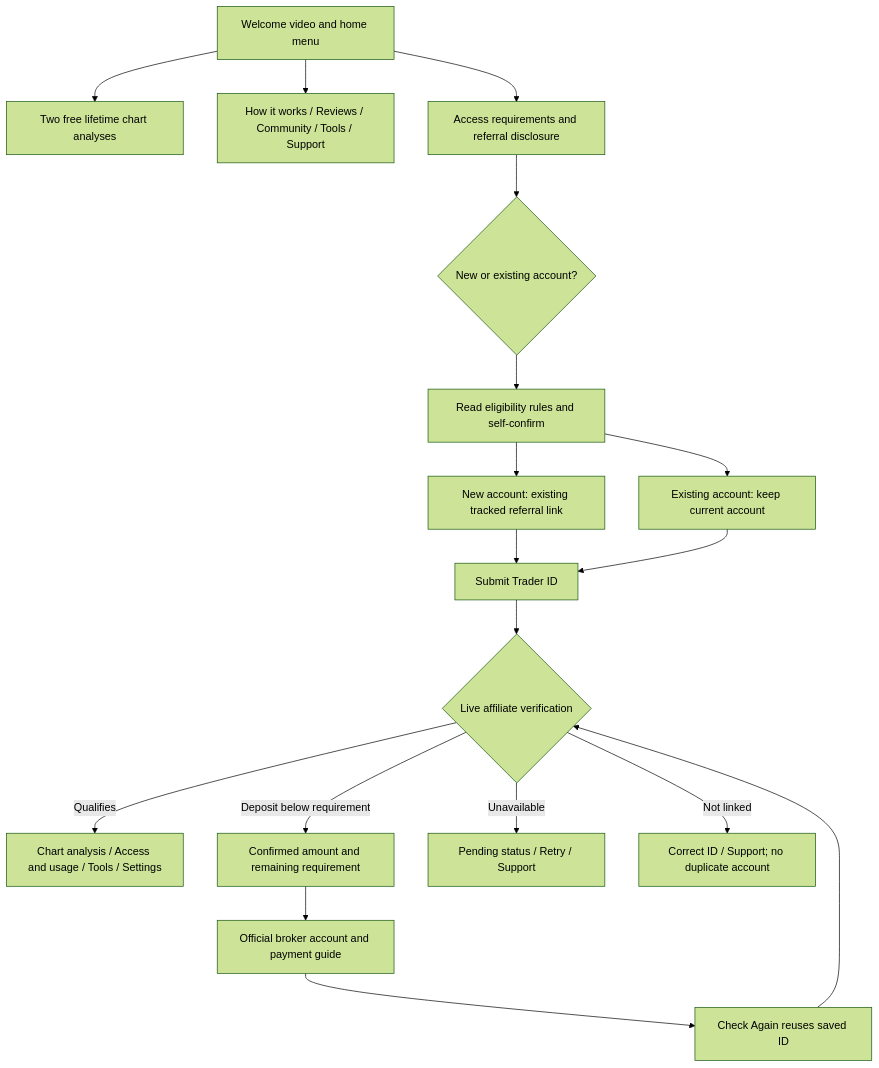
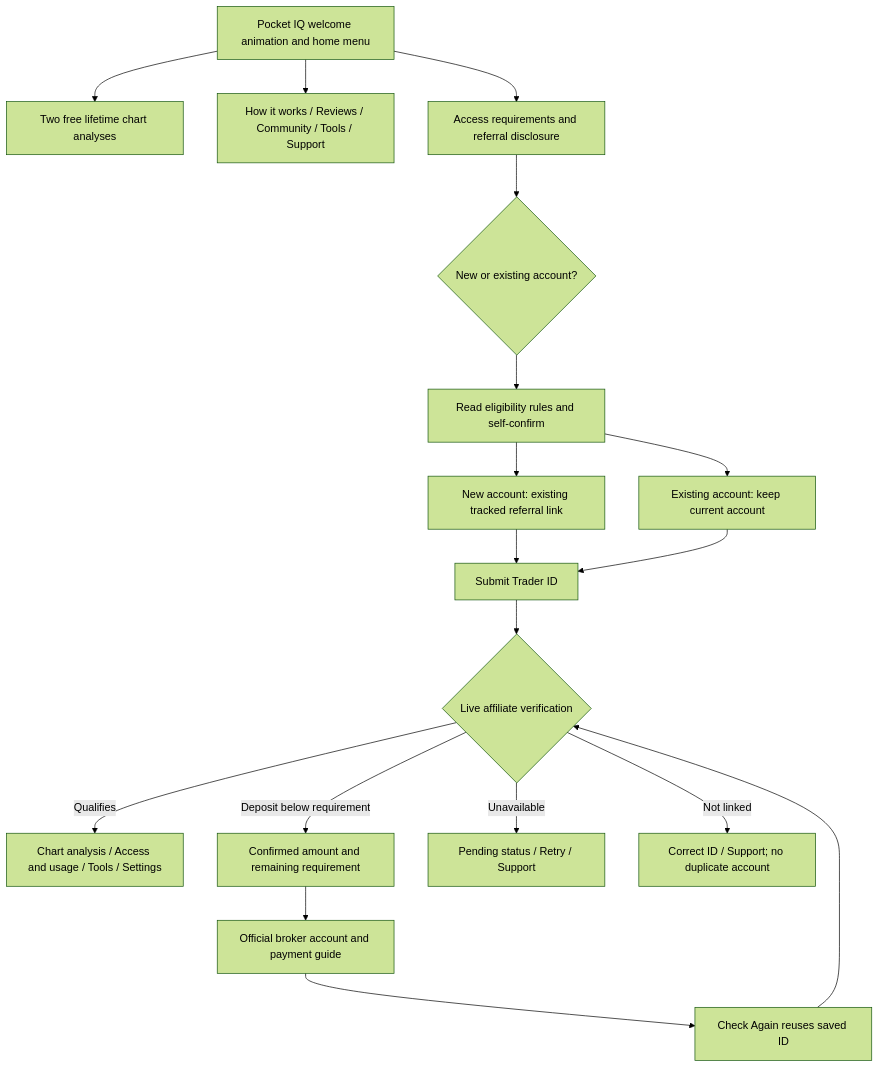
Before and after one commit to neetud252-create/funnel-bot: the diagram in GO_PLUS_FLOW.md, drawn with Mermaid (forest theme). The commit also changed other lines of this file and 6 other files, not shown here.

Commit message:
Replace welcome media with Pocket IQ looping animation (#7)

````diff
--- a/GO_PLUS_FLOW.md
+++ b/GO_PLUS_FLOW.md
@@ -5,20 +5,20 @@
 ```mermaid
 flowchart TD
-  Home[Welcome video and home menu] --> Trial[Two free lifetime chart analyses]
+  Home[Pocket IQ welcome animation and home menu] --> Trial[Two free lifetime chart analyses]
   Home --> Learn[How it works / Reviews / Community / Tools / Support]
   Home --> Requirements[Access requirements and referral disclosure]
   Requirements --> Kind{New or existing account?}
   Kind --> Eligibility[Read eligibility rules and self-confirm]
   Eligibility --> New[New account: existing tracked referral link]
   Eligibility --> Existing[Existing account: keep current account]
   New --> ID[Submit Trader ID]
   Existing --> ID
   ID --> Check{Live affiliate verification}
   Check -->|Qualifies| Dashboard[Chart analysis / Access and usage / Tools / Settings]
   Check -->|Deposit below requirement| Deposit[Confirmed amount and remaining requirement]
   Deposit --> Broker[Official broker account and payment guide]
   Broker --> Recheck[Check Again reuses saved ID]
   Recheck --> Check
   Check -->|Unavailable| Retry[Pending status / Retry / Support]
   Check -->|Not linked| Help[Correct ID / Support; no duplicate account]
 ```
````
